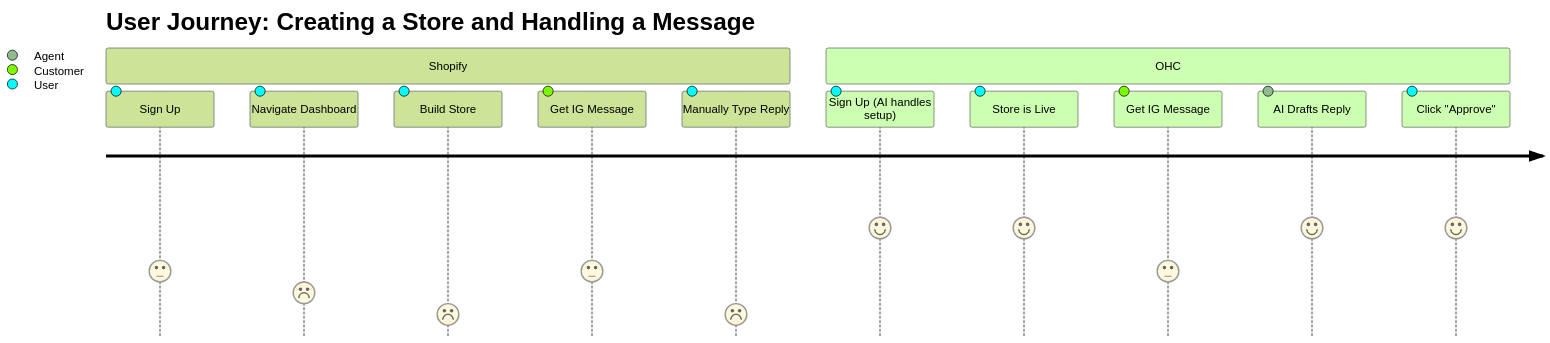
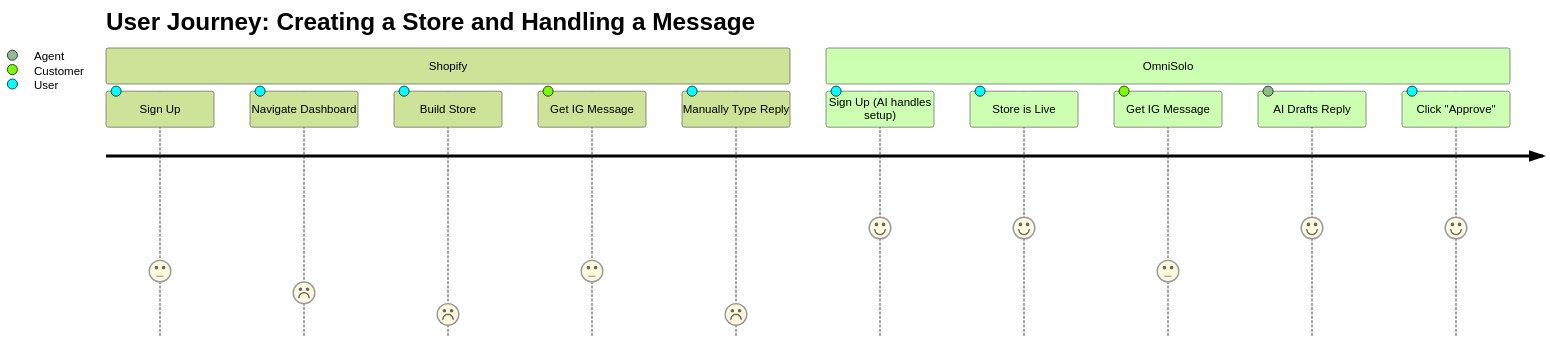
Before and after one commit to omnisolo-llc/onehumancorp: the second of 2 diagrams in docs/research/[research]_autonomous_background_agents_for_operations.md, drawn with Mermaid (forest theme). The commit also changed other lines of this file and 2191 other files, not shown here.

Commit message:
feat: complete OmniSolo rename and browser audit

````diff
--- a/docs/research/[research]_autonomous_background_agents_for_operations.md
+++ b/docs/research/[research]_autonomous_background_agents_for_operations.md
@@ -99,16 +99,16 @@
 ```mermaid
 journey
     title User Journey: Creating a Store and Handling a Message
     section Shopify
       Sign Up: 3: User
       Navigate Dashboard: 2: User
       Build Store: 1: User
       Get IG Message: 3: Customer
       Manually Type Reply: 1: User
-    section OHC
+    section OmniSolo
       Sign Up (AI handles setup): 5: User
       Store is Live: 5: User
       Get IG Message: 3: Customer
       AI Drafts Reply: 5: Agent
       Click "Approve": 5: User
 ```
````
